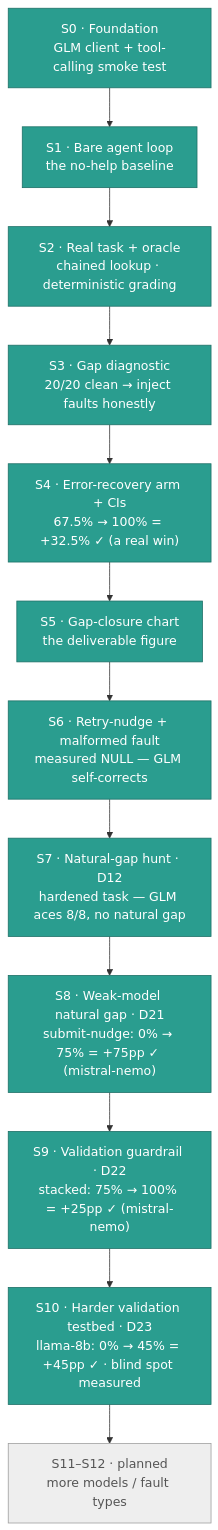
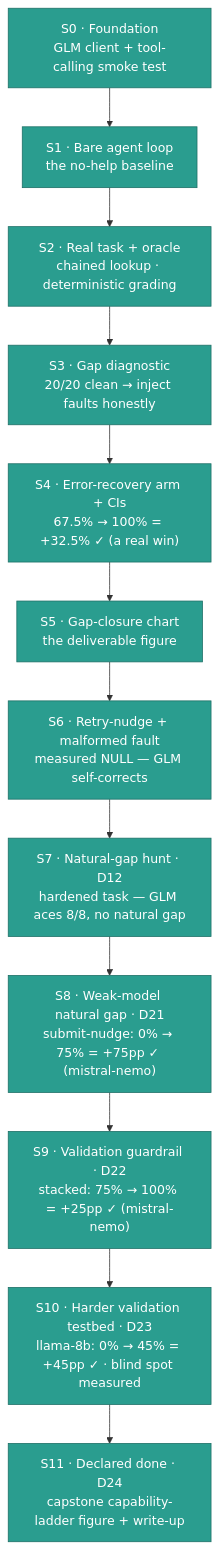
Before and after one commit to ksdisch/forge-gap: the diagram in docs/ROADMAP.md, drawn with Mermaid. The commit also changed other lines of this file and 8 other files, not shown here.

First line of the commit message:
feat(s11): declare done — capstone capability-ladder figure + one-page write-up (D24)

````diff
--- a/docs/ROADMAP.md
+++ b/docs/ROADMAP.md
@@ -11,21 +11,21 @@
 ```mermaid
 flowchart TB
     S0["S0 · Foundation<br/>GLM client + tool-calling smoke test"]:::done
     S1["S1 · Bare agent loop<br/>the no-help baseline"]:::done
     S2["S2 · Real task + oracle<br/>chained lookup · deterministic grading"]:::done
     S3["S3 · Gap diagnostic<br/>20/20 clean → inject faults honestly"]:::done
     S4["S4 · Error-recovery arm + CIs<br/>67.5% → 100% = +32.5% ✓ (a real win)"]:::done
     S5["S5 · Gap-closure chart<br/>the deliverable figure"]:::done
     S6["S6 · Retry-nudge + malformed fault<br/>measured NULL — GLM self-corrects"]:::done
     S7["S7 · Natural-gap hunt · D12<br/>hardened task — GLM aces 8/8, no natural gap"]:::done
     S8["S8 · Weak-model natural gap · D21<br/>submit-nudge: 0% → 75% = +75pp ✓ (mistral-nemo)"]:::done
     S9["S9 · Validation guardrail · D22<br/>stacked: 75% → 100% = +25pp ✓ (mistral-nemo)"]:::done
     S10["S10 · Harder validation testbed · D23<br/>llama-8b: 0% → 45% = +45pp ✓ · blind spot measured"]:::done
-    F["S11–S12 · planned<br/>more models / fault types"]:::planned
+    S11["S11 · Declared done · D24<br/>capstone capability-ladder figure + write-up"]:::done
 
-    S0 --> S1 --> S2 --> S3 --> S4 --> S5 --> S6 --> S7 --> S8 --> S9 --> S10 --> F
+    S0 --> S1 --> S2 --> S3 --> S4 --> S5 --> S6 --> S7 --> S8 --> S9 --> S10 --> S11
 
     classDef done fill:#2a9d8f,stroke:#1d6f66,color:#ffffff;
     classDef goal fill:#e9c46a,stroke:#b8902f,color:#222222,stroke-width:2px;
     classDef planned fill:#eeeeee,stroke:#9e9e9e,color:#555555;
 ```
````
